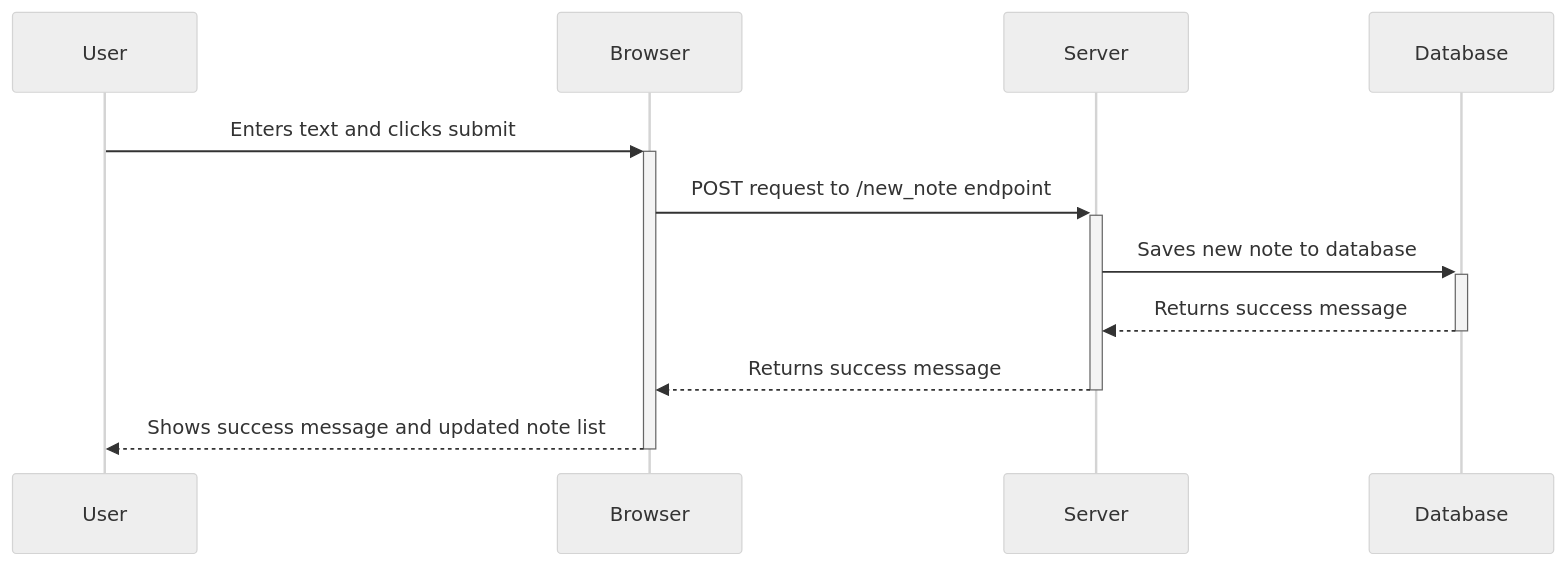
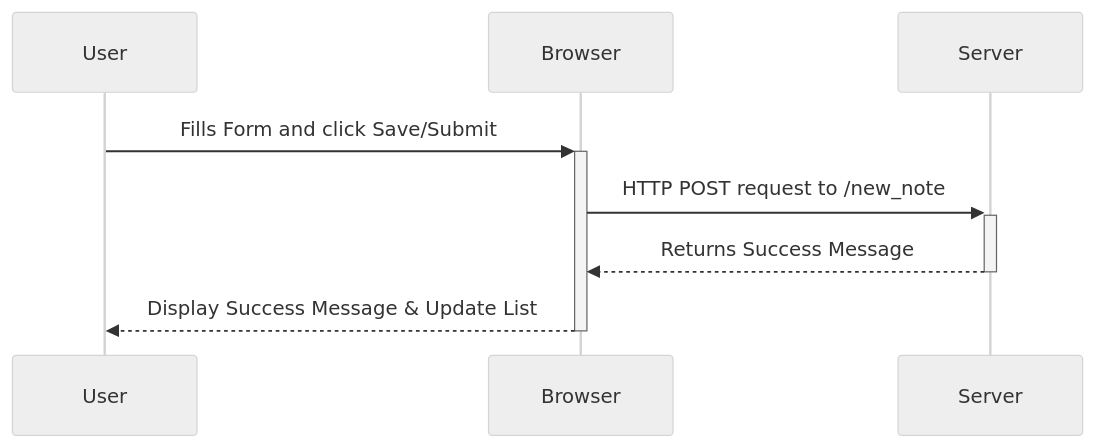
The diagram in part0/0.4.md (mruduljohn/fullstackopen), drawn with Mermaid (neutral theme) before and after one commit.

````diff
--- a/part0/0.4.md
+++ b/part0/0.4.md
@@ -3,13 +3,11 @@
 ```mermaid
 sequenceDiagram
     participant User
     participant Browser
     participant Server
-    User->>+Browser: Enters text and clicks submit
-    Browser->>+Server: POST request to /new_note endpoint
-    Server->>+Database: Saves new note to database
-    Database-->>-Server: Returns success message
-    Server-->>-Browser: Returns success message
-    Browser-->>-User: Shows success message and updated note list
+    User->>+Browser: Fills Form and click Save/Submit
+    Browser->>+Server: HTTP POST request to /new_note
+    Server-->>-Browser: Returns Success Message
+    Browser-->>-User: Display Success Message & Update List
 
 ```
````
